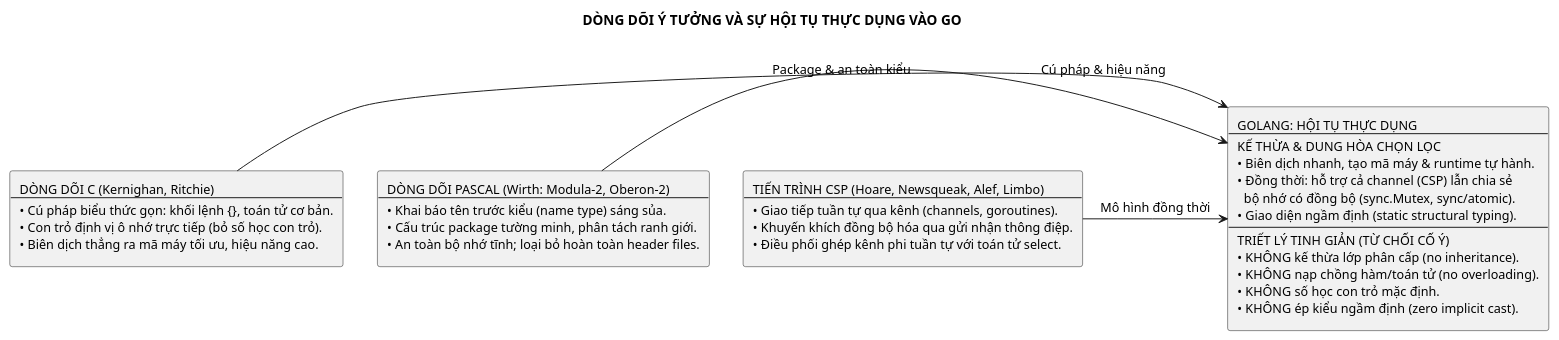
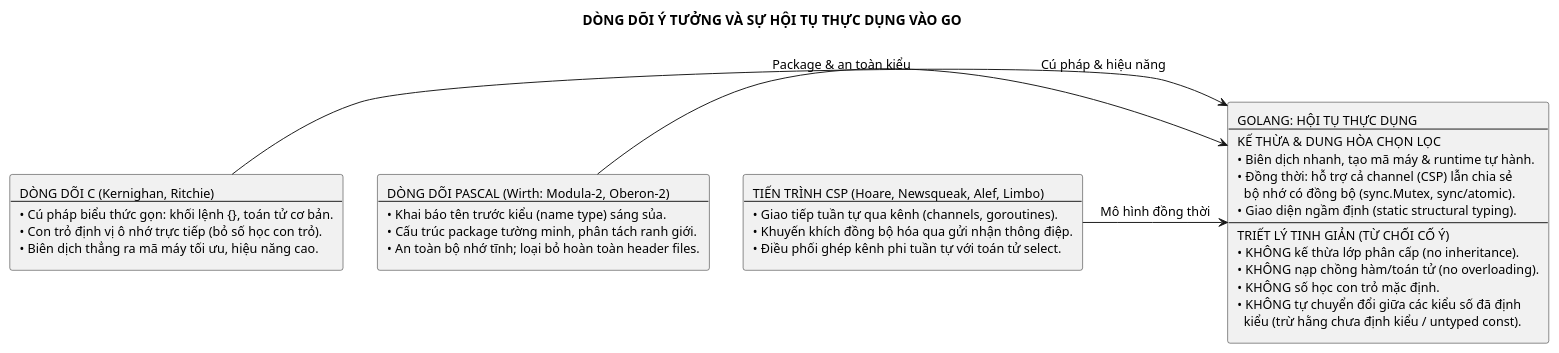
One commit to Minhlike/Golang changed the diagram in assets/diagrams/go-idea-lineage.puml. Above: the diagram before and after it, drawn with PlantUML. The commit also changed 5 other files, not shown here.

Commit message:
fix(diagrams): refine semantic statements in Fig 2 and Fig 5 and add contract tests

```diff
--- a/assets/diagrams/go-idea-lineage.puml
+++ b/assets/diagrams/go-idea-lineage.puml
@@ -1,19 +1,19 @@
 @startuml
 ' AUTHORITATIVE SOURCE OF TRUTH: scripts/render_figures_1_6.py
 ' Auto-synchronized from the canonical specification in scripts/render_figures_1_6.py.
 skinparam backgroundColor white
 skinparam shadowing false
 skinparam defaultFontName "Source Sans 3"
 skinparam defaultFontSize 13
 skinparam defaultFontColor #000000
 title DÒNG DÕI Ý TƯỞNG VÀ SỰ HỘI TỤ THỰC DỤNG VÀO GO
 
 rectangle "DÒNG DÕI C (Kernighan, Ritchie)\n---\n• Cú pháp biểu thức gọn: khối lệnh {}, toán tử cơ bản.\n• Con trỏ định vị ô nhớ trực tiếp (bỏ số học con trỏ).\n• Biên dịch thẳng ra mã máy tối ưu, hiệu năng cao." as C_Lang
 rectangle "DÒNG DÕI PASCAL (Wirth: Modula-2, Oberon-2)\n---\n• Khai báo tên trước kiểu (name type) sáng sủa.\n• Cấu trúc package tường minh, phân tách ranh giới.\n• An toàn bộ nhớ tĩnh; loại bỏ hoàn toàn header files." as Pascal_Lang
 rectangle "TIẾN TRÌNH CSP (Hoare, Newsqueak, Alef, Limbo)\n---\n• Giao tiếp tuần tự qua kênh (channels, goroutines).\n• Khuyến khích đồng bộ hóa qua gửi nhận thông điệp.\n• Điều phối ghép kênh phi tuần tự với toán tử select." as CSP_Lang
-rectangle "GOLANG: HỘI TỤ THỰC DỤNG\n---\nKẾ THỪA & DUNG HÒA CHỌN LỌC\n• Biên dịch nhanh, tạo mã máy & runtime tự hành.\n• Đồng thời: hỗ trợ cả channel (CSP) lẫn chia sẻ\n  bộ nhớ có đồng bộ (sync.Mutex, sync/atomic).\n• Giao diện ngầm định (static structural typing).\n---\nTRIẾT LÝ TINH GIẢN (TỪ CHỐI CỐ Ý)\n• KHÔNG kế thừa lớp phân cấp (no inheritance).\n• KHÔNG nạp chồng hàm/toán tử (no overloading).\n• KHÔNG số học con trỏ mặc định.\n• KHÔNG ép kiểu ngầm định (zero implicit cast)." as Go_Lang
+rectangle "GOLANG: HỘI TỤ THỰC DỤNG\n---\nKẾ THỪA & DUNG HÒA CHỌN LỌC\n• Biên dịch nhanh, tạo mã máy & runtime tự hành.\n• Đồng thời: hỗ trợ cả channel (CSP) lẫn chia sẻ\n  bộ nhớ có đồng bộ (sync.Mutex, sync/atomic).\n• Giao diện ngầm định (static structural typing).\n---\nTRIẾT LÝ TINH GIẢN (TỪ CHỐI CỐ Ý)\n• KHÔNG kế thừa lớp phân cấp (no inheritance).\n• KHÔNG nạp chồng hàm/toán tử (no overloading).\n• KHÔNG số học con trỏ mặc định.\n• KHÔNG tự chuyển đổi giữa các kiểu số đã định\n  kiểu (trừ hằng chưa định kiểu / untyped const)." as Go_Lang
 
 C_Lang -right-> Go_Lang : Cú pháp & hiệu năng
 Pascal_Lang -right-> Go_Lang : Package & an toàn kiểu
 CSP_Lang -right-> Go_Lang : Mô hình đồng thời
 @enduml
```
